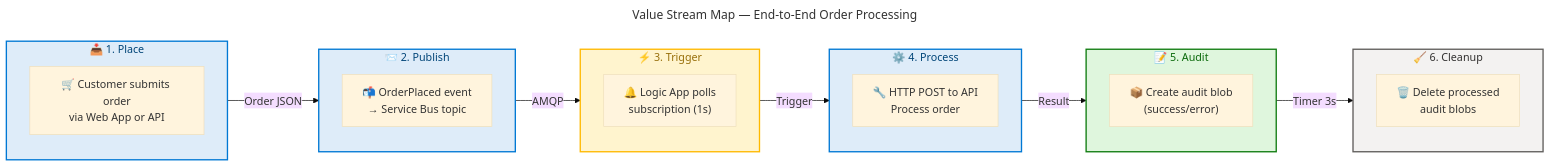
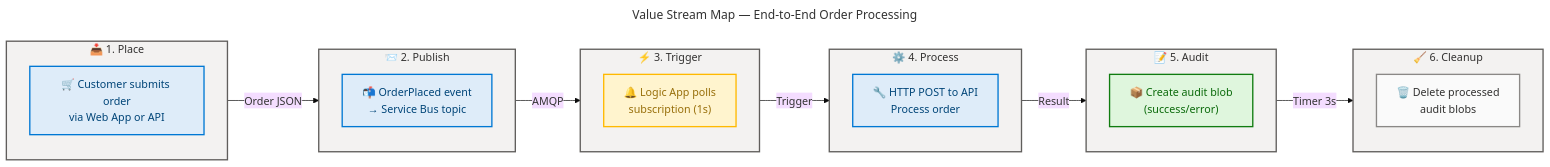
The third of 6 diagrams in docs/architecture/business-architecture.md (Evilazaro/Azure-LogicApps-Monitoring), drawn with Mermaid before and after one commit. The commit also changed other lines of this file, not shown here.

Commit message:
Refactor flowchart styles and class definitions in business architecture documentation for improved clarity and consistency

````diff
--- a/docs/architecture/business-architecture.md
+++ b/docs/architecture/business-architecture.md
@@ -720,60 +720,69 @@
 ```mermaid
 ---
 title: Value Stream Map — End-to-End Order Processing
 config:
   theme: base
   look: classic
   layout: dagre
   themeVariables:
     fontSize: '16px'
   flowchart:
     htmlLabels: true
 ---
 flowchart LR
     accTitle: End-to-End Order Processing Value Stream Map
     accDescr: Shows the 6-stage value delivery pipeline from order placement through audit cleanup with measurable outcomes at each stage
 
     %% ═══════════════════════════════════════════════════════════════════════════
     %% AZURE / FLUENT ARCHITECTURE PATTERN v1.1
     %% (Semantic + Structural + Font + Accessibility Governance)
     %% ═══════════════════════════════════════════════════════════════════════════
+    %% PHASE 1 - STRUCTURAL: Direction explicit, flat topology, nesting ≤ 3
+    %% PHASE 2 - SEMANTIC: Colors justified, max 5 semantic classes, neutral-first
+    %% PHASE 3 - FONT: Dark text on light backgrounds, contrast ≥ 4.5:1
+    %% PHASE 4 - ACCESSIBILITY: accTitle/accDescr present, icons on all nodes
+    %% PHASE 5 - STANDARD: Governance block present, classDefs centralized
+    %% ═══════════════════════════════════════════════════════════════════════════
 
     subgraph Stage1["📥 1. Place"]
-        S1["🛒 Customer submits order<br/>via Web App or API"]
+        S1["🛒 Customer submits order<br/>via Web App or API"]:::core
     end
 
     subgraph Stage2["📨 2. Publish"]
-        S2["📬 OrderPlaced event<br/>→ Service Bus topic"]
+        S2["📬 OrderPlaced event<br/>→ Service Bus topic"]:::core
     end
 
     subgraph Stage3["⚡ 3. Trigger"]
-        S3["🔔 Logic App polls<br/>subscription (1s)"]
+        S3["🔔 Logic App polls<br/>subscription (1s)"]:::warning
     end
 
     subgraph Stage4["⚙️ 4. Process"]
-        S4["🔧 HTTP POST to API<br/>Process order"]
+        S4["🔧 HTTP POST to API<br/>Process order"]:::core
     end
 
     subgraph Stage5["📝 5. Audit"]
-        S5["📦 Create audit blob<br/>(success/error)"]
+        S5["📦 Create audit blob<br/>(success/error)"]:::success
     end
 
     subgraph Stage6["🧹 6. Cleanup"]
-        S6["🗑️ Delete processed<br/>audit blobs"]
+        S6["🗑️ Delete processed<br/>audit blobs"]:::neutral
     end
 
     Stage1 -->|"Order JSON"| Stage2
     Stage2 -->|"AMQP"| Stage3
     Stage3 -->|"Trigger"| Stage4
     Stage4 -->|"Result"| Stage5
     Stage5 -->|"Timer 3s"| Stage6
 
-    style Stage1 fill:#DEECF9,stroke:#0078D4,stroke-width:2px,color:#004578
-    style Stage2 fill:#DEECF9,stroke:#0078D4,stroke-width:2px,color:#004578
-    style Stage3 fill:#FFF4CE,stroke:#FFB900,stroke-width:2px,color:#986F0B
-    style Stage4 fill:#DEECF9,stroke:#0078D4,stroke-width:2px,color:#004578
-    style Stage5 fill:#DFF6DD,stroke:#107C10,stroke-width:2px,color:#0B6A0B
+    style Stage1 fill:#F3F2F1,stroke:#605E5C,stroke-width:2px,color:#323130
+    style Stage2 fill:#F3F2F1,stroke:#605E5C,stroke-width:2px,color:#323130
+    style Stage3 fill:#F3F2F1,stroke:#605E5C,stroke-width:2px,color:#323130
+    style Stage4 fill:#F3F2F1,stroke:#605E5C,stroke-width:2px,color:#323130
+    style Stage5 fill:#F3F2F1,stroke:#605E5C,stroke-width:2px,color:#323130
     style Stage6 fill:#F3F2F1,stroke:#605E5C,stroke-width:2px,color:#323130
 
+    classDef core fill:#DEECF9,stroke:#0078D4,stroke-width:2px,color:#004578
+    classDef warning fill:#FFF4CE,stroke:#FFB900,stroke-width:2px,color:#986F0B
+    classDef success fill:#DFF6DD,stroke:#107C10,stroke-width:2px,color:#0B6A0B
     classDef neutral fill:#FAFAFA,stroke:#8A8886,stroke-width:2px,color:#323130
 ```
````
